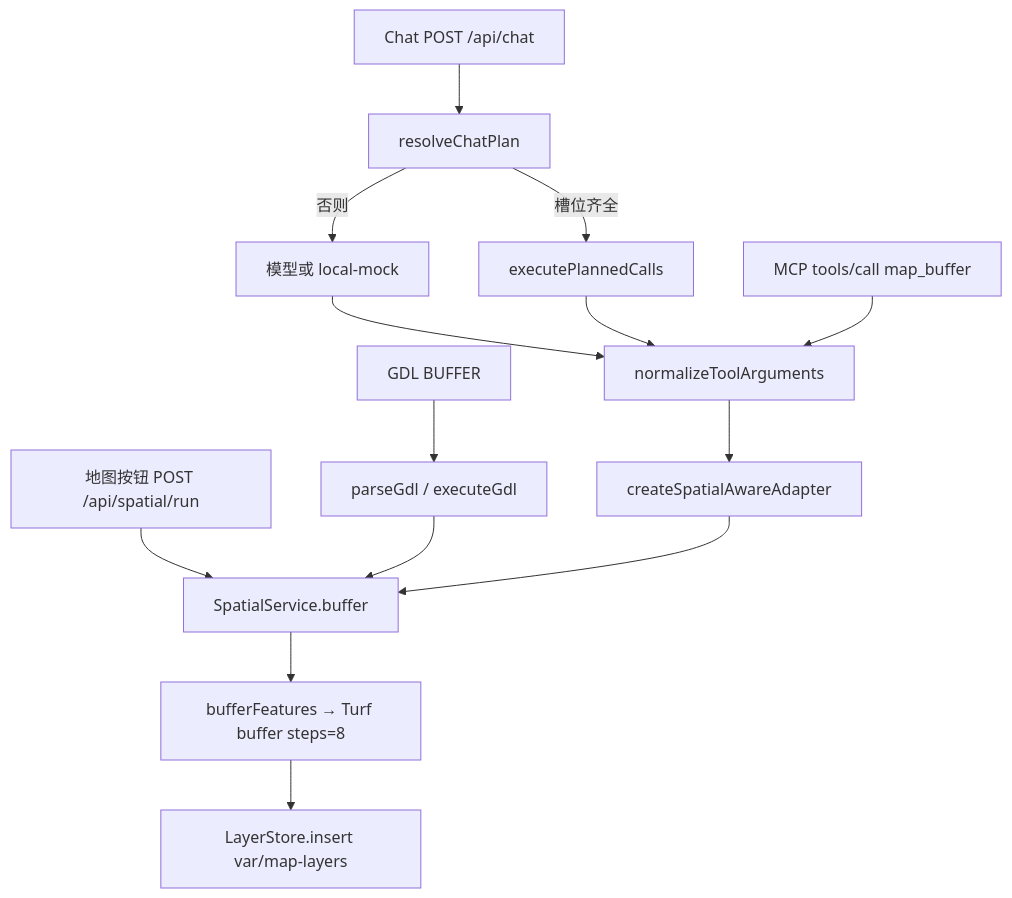
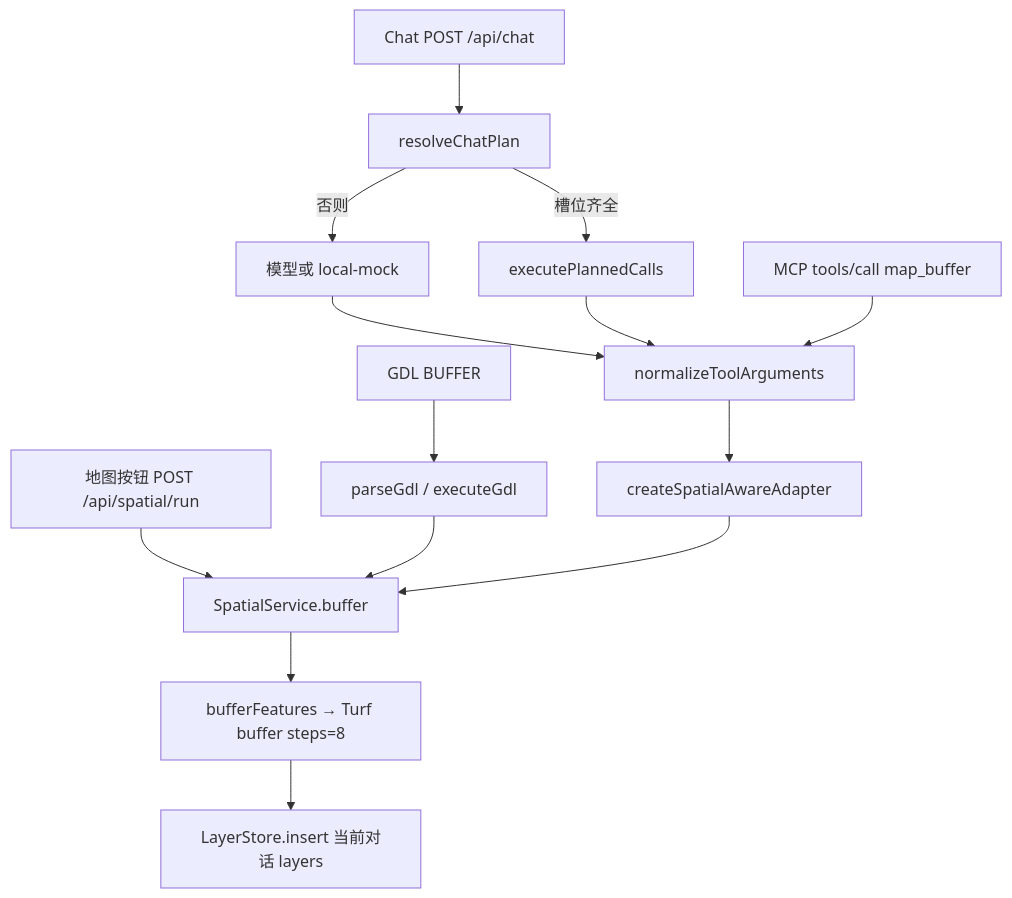
One commit to u6u1kq/IGIS changed the first of 2 diagrams in docs/BUFFER-CURRENT-FLOW.md. Above: the diagram before and after it, drawn with Mermaid. The commit also changed other lines of this file and 32 other files, not shown here.

````diff
--- a/docs/BUFFER-CURRENT-FLOW.md
+++ b/docs/BUFFER-CURRENT-FLOW.md
@@ -276,16 +276,16 @@
 ```mermaid
 flowchart TD
   chat["Chat POST /api/chat"] --> plan["resolveChatPlan"]
   plan -->|槽位齐全| exec["executePlannedCalls"]
   plan -->|否则| model["模型或 local-mock"]
   model --> norm["normalizeToolArguments"]
   exec --> norm
   mcp["MCP tools/call map_buffer"] --> norm
   norm --> adapter["createSpatialAwareAdapter"]
   map["地图按钮 POST /api/spatial/run"] --> svc["SpatialService.buffer"]
   gdl["GDL BUFFER"] --> parse["parseGdl / executeGdl"]
   parse --> svc
   adapter --> svc
   svc --> turf["bufferFeatures → Turf buffer steps=8"]
-  turf --> store["LayerStore.insert var/map-layers"]
+  turf --> store["LayerStore.insert 当前对话 layers"]
 ```
````
